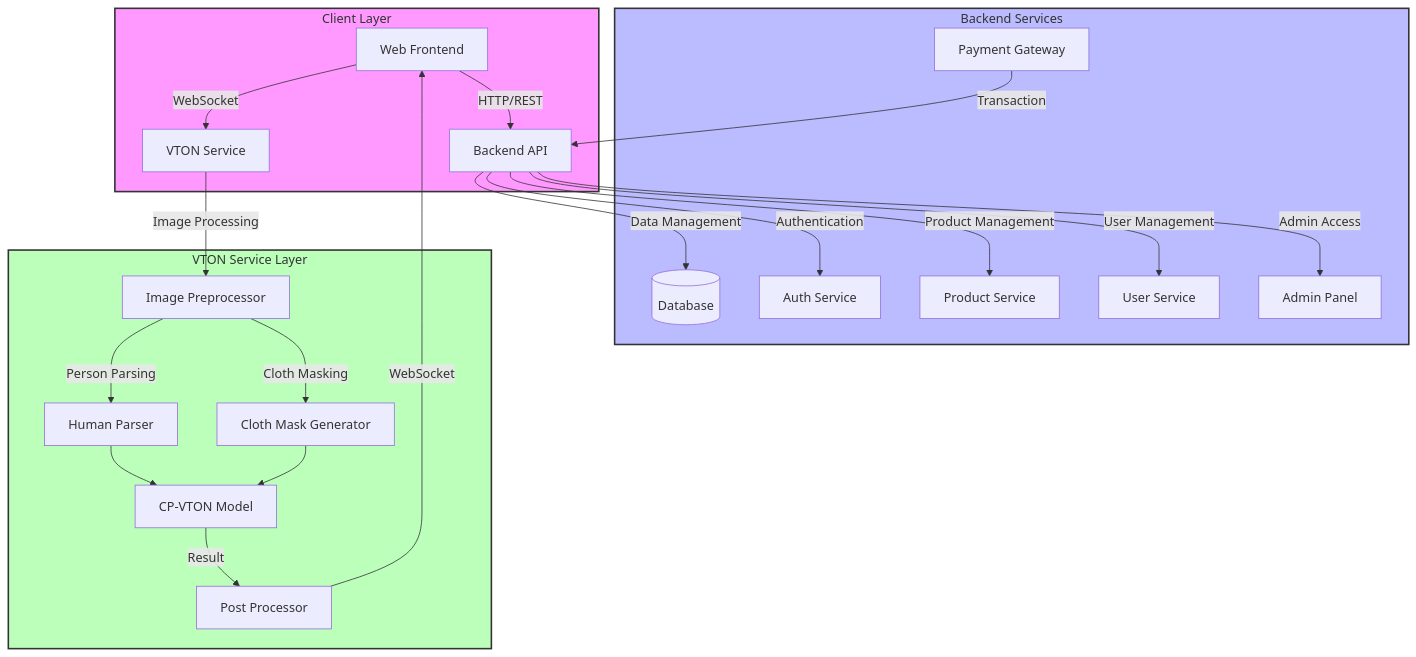
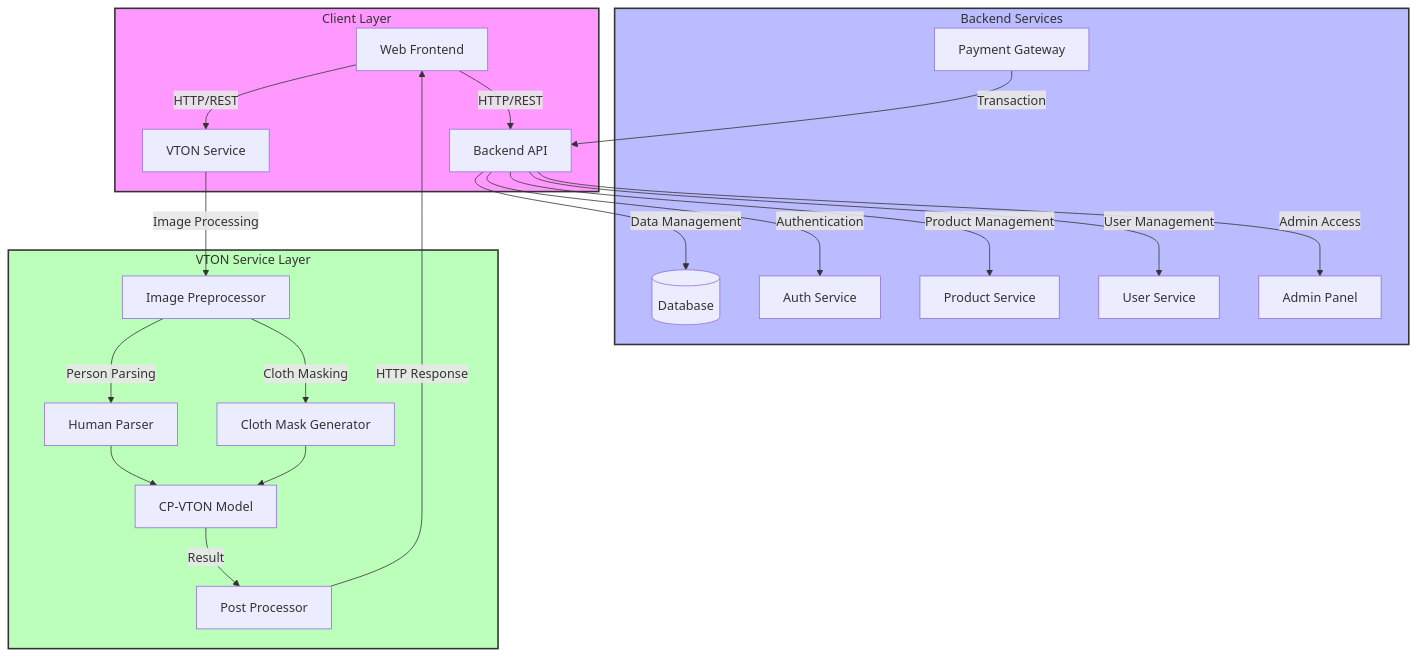
One commit to nithadya/Clothes-VTON-E-Commerce-Platform changed the first of 9 diagrams in README.md. Above: the diagram before and after it, drawn with Mermaid. The commit also changed other lines of this file, not shown here.

````diff
--- a/README.md
+++ b/README.md
@@ -19,29 +19,29 @@
 ```mermaid
 graph TD
     subgraph Client[Client Layer]
         A[Web Frontend] -->|HTTP/REST| B[Backend API]
-        A -->|WebSocket| V[VTON Service]
+        A -->|HTTP/REST| V[VTON Service]
     end
 
     subgraph Backend[Backend Services]
         B -->|Data Management| C[(Database)]
         B -->|Authentication| D[Auth Service]
         B -->|Product Management| E[Product Service]
         B -->|User Management| F[User Service]
         B -->|Admin Access| G[Admin Panel]
         H[Payment Gateway] -->|Transaction| B
     end
 
     subgraph VTON[VTON Service Layer]
         V -->|Image Processing| V1[Image Preprocessor]
         V1 -->|Person Parsing| V2[Human Parser]
         V1 -->|Cloth Masking| V3[Cloth Mask Generator]
         V2 & V3 --> V4[CP-VTON Model]
         V4 -->|Result| V5[Post Processor]
-        V5 -->|WebSocket| A
+        V5 -->|HTTP Response| A
     end
 
     style Client fill:#f9f,stroke:#333,stroke-width:2px
     style Backend fill:#bbf,stroke:#333,stroke-width:2px
     style VTON fill:#bfb,stroke:#333,stroke-width:2px
 ```
````
